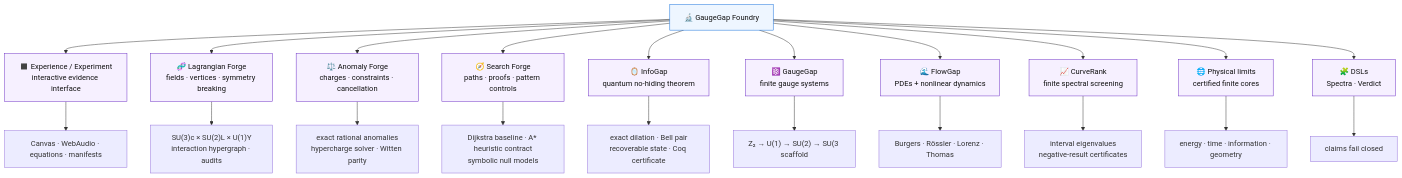
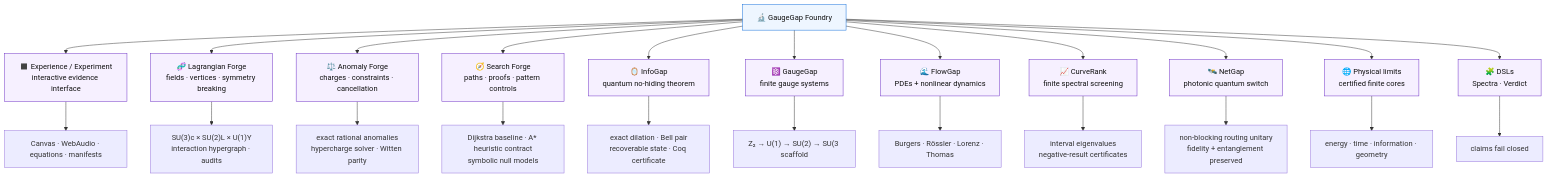
The first of 8 diagrams in README.md (XioAISolutions/gaugegap-foundry), drawn with Mermaid before and after one commit. The commit also changed other lines of this file and 6 other files, not shown here.

First line of the commit message:
feat(netgap): the finite photonic quantum-switch track (netgap-0001) (#90)

````diff
--- a/README.md
+++ b/README.md
@@ -56,30 +58,32 @@
 ```mermaid
 flowchart TD
     F["🔬 GaugeGap Foundry"]
     F --> X["◼️ Experience / Experiment<br/>interactive evidence interface"]
     F --> L["🧬 Lagrangian Forge<br/>fields · vertices · symmetry breaking"]
     F --> A["⚖️ Anomaly Forge<br/>charges · constraints · cancellation"]
     F --> S["🧭 Search Forge<br/>paths · proofs · pattern controls"]
     F --> I["🪞 InfoGap<br/>quantum no-hiding theorem"]
     F --> G["⚛️ GaugeGap<br/>finite gauge systems"]
     F --> FL["🌊 FlowGap<br/>PDEs + nonlinear dynamics"]
     F --> C["📈 CurveRank<br/>finite spectral screening"]
+    F --> N["🛰️ NetGap<br/>photonic quantum switch"]
     F --> P["🌐 Physical limits<br/>certified finite cores"]
     F --> D["🧩 DSLs<br/>Spectra · Verdict"]
 
     X --> X1["Canvas · WebAudio · equations · manifests"]
     L --> L1["SU(3)c × SU(2)L × U(1)Y<br/>interaction hypergraph · audits"]
     A --> A1["exact rational anomalies<br/>hypercharge solver · Witten parity"]
     S --> S1["Dijkstra baseline · A* heuristic contract<br/>symbolic null models"]
     I --> I1["exact dilation · Bell pair<br/>recoverable state · Coq certificate"]
     G --> G1["Z₂ → U(1) → SU(2) → SU(3 scaffold"]
     FL --> FL1["Burgers · Rössler · Lorenz · Thomas"]
     C --> C1["interval eigenvalues<br/>negative-result certificates"]
+    N --> N1["non-blocking routing unitary<br/>fidelity + entanglement preserved"]
     P --> P1["energy · time · information · geometry"]
     D --> D1["claims fail closed"]
 
     classDef main fill:#eef6ff,stroke:#0969da,color:#111;
     classDef edge fill:#f6f0ff,stroke:#6929c4,color:#111;
     class F main;
-    class X,L,A,S,I,G,FL,C,P,D edge;
+    class X,L,A,S,I,G,FL,C,N,P,D edge;
 ```
````
